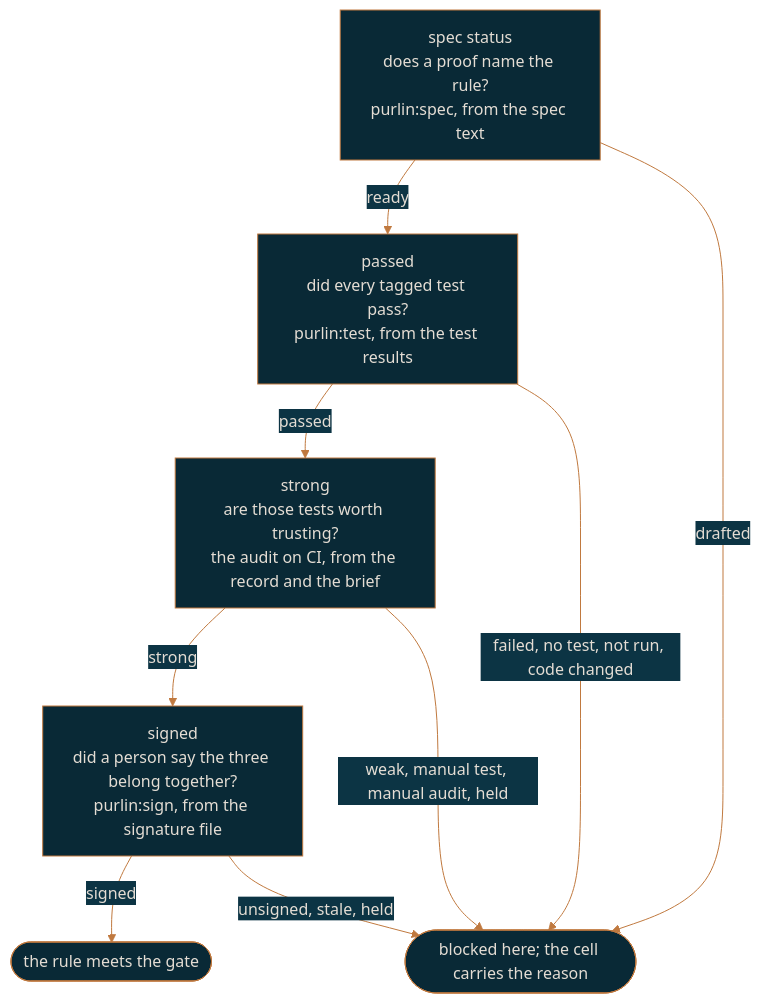
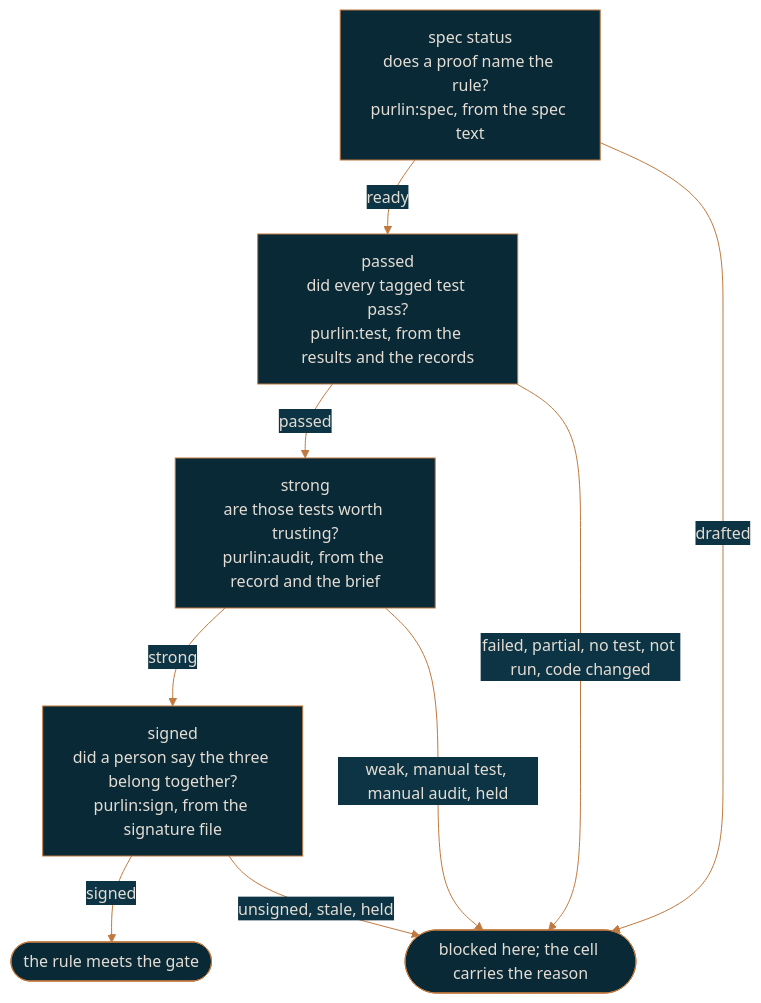
One commit to rlabarca/purlin changed the diagram in docs/how-purlin-works.md. Above: the diagram before and after it, drawn with Mermaid. The commit also changed other lines of this file and 9 other files, not shown here.

````diff
--- a/docs/how-purlin-works.md
+++ b/docs/how-purlin-works.md
@@ -11,19 +11,19 @@
 ```mermaid
 %%{init: {"theme": "base", "themeVariables": {"background": "#0C3444", "primaryColor": "#092936", "primaryTextColor": "#E4DDD4", "primaryBorderColor": "#C0793F", "lineColor": "#C0793F", "secondaryColor": "#0C3444", "tertiaryColor": "#092936", "fontFamily": "Arial", "textColor": "#E4DDD4"}}}%%
 flowchart TD
     Q0["spec status<br>does a proof name the rule?<br>purlin:spec, from the spec text"]
-    Q1["passed<br>did every tagged test pass?<br>purlin:test, from the test results"]
-    Q2["strong<br>are those tests worth trusting?<br>the audit on CI, from the record and the brief"]
+    Q1["passed<br>did every tagged test pass?<br>purlin:test, from the results and the records"]
+    Q2["strong<br>are those tests worth trusting?<br>purlin:audit, from the record and the brief"]
     Q3["signed<br>did a person say the three belong together?<br>purlin:sign, from the signature file"]
     Met(["the rule meets the gate"])
     Stop(["blocked here; the cell carries the reason"])
 
     Q0 -->|ready| Q1
     Q1 -->|passed| Q2
     Q2 -->|strong| Q3
     Q3 -->|signed| Met
     Q0 -->|drafted| Stop
-    Q1 -->|"failed, no test, not run, code changed"| Stop
+    Q1 -->|"failed, partial, no test, not run, code changed"| Stop
     Q2 -->|"weak, manual test, manual audit, held"| Stop
     Q3 -->|"unsigned, stale, held"| Stop
 ```
````
